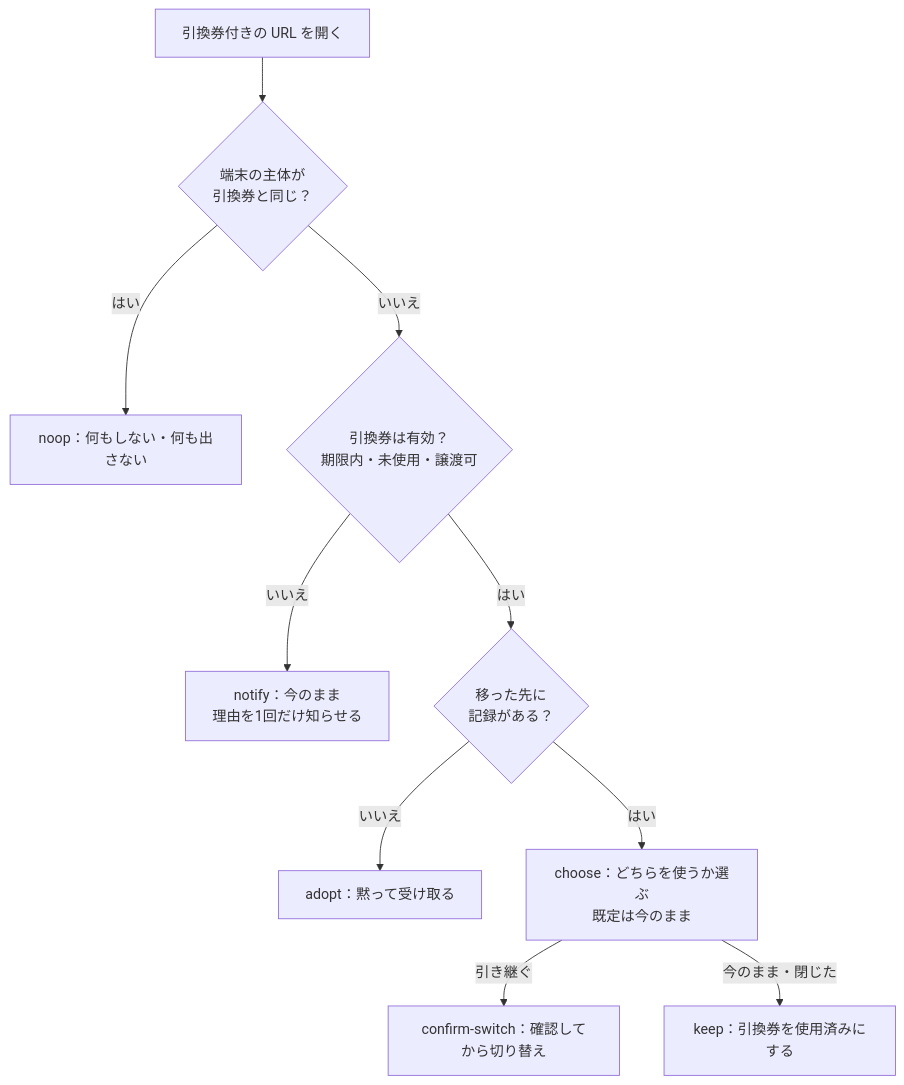
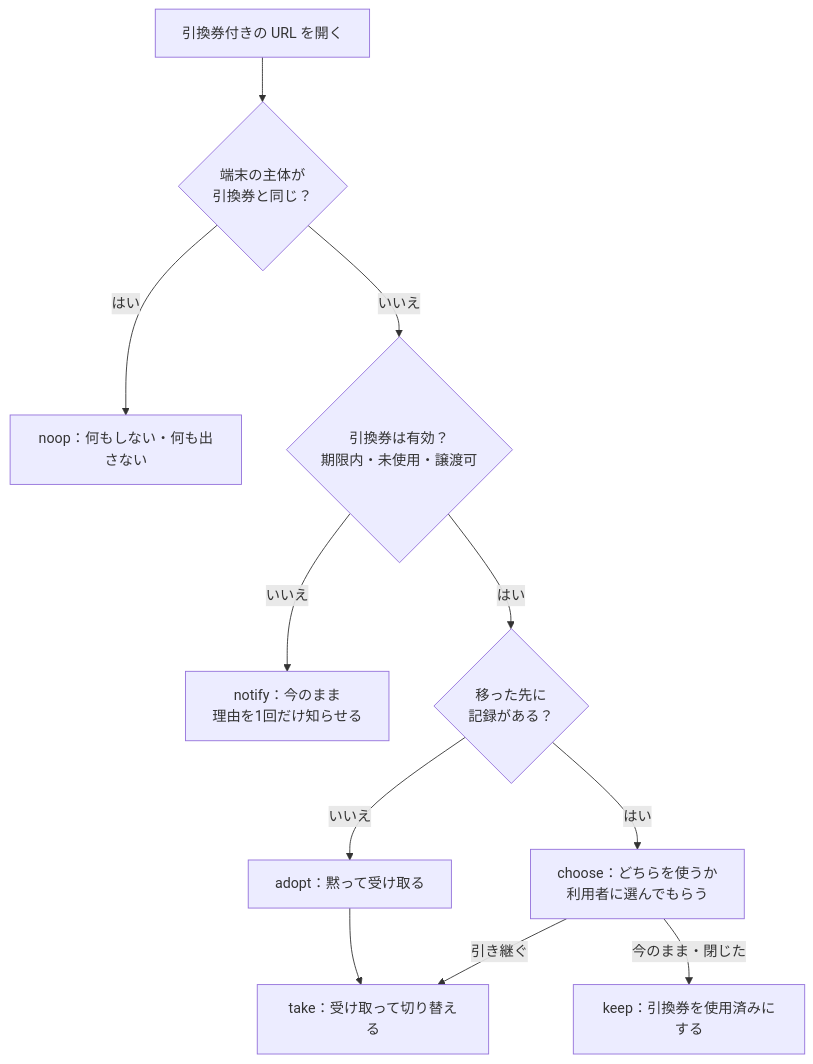
One commit to kuro-7/browser-handoff changed the second of 2 diagrams in docs/design.ja.md. Above: the diagram before and after it, drawn with Mermaid. The commit also changed other lines of this file, not shown here.

````diff
--- a/docs/design.ja.md
+++ b/docs/design.ja.md
@@ -111,12 +113,13 @@
 ```mermaid
 flowchart TD
   S[引換券付きの URL を開く] --> D1{端末の主体が<br/>引換券と同じ？}
   D1 -- はい --> N[noop：何もしない・何も出さない]
   D1 -- いいえ --> D2{引換券は有効？<br/>期限内・未使用・譲渡可}
   D2 -- いいえ --> R[notify：今のまま<br/>理由を1回だけ知らせる]
   D2 -- はい --> D3{移った先に<br/>記録がある？}
   D3 -- いいえ --> A[adopt：黙って受け取る]
-  D3 -- はい --> C[choose：どちらを使うか選ぶ<br/>既定は今のまま]
-  C -- 引き継ぐ --> SW[confirm-switch：確認してから切り替え]
+  D3 -- はい --> C[choose：どちらを使うか<br/>利用者に選んでもらう]
+  C -- 引き継ぐ --> SW[take：受け取って切り替える]
   C -- 今のまま・閉じた --> K[keep：引換券を使用済みにする]
+  A --> SW
 ```
````
